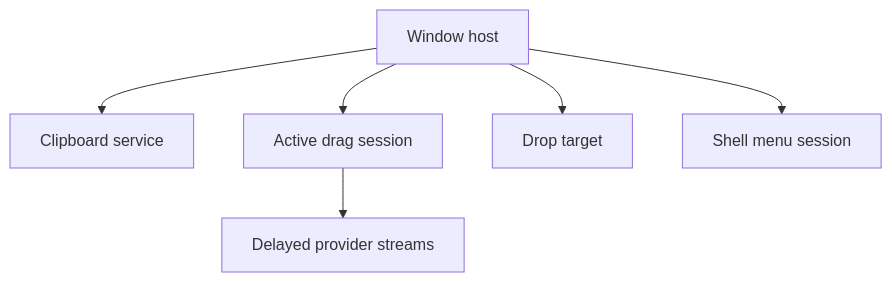
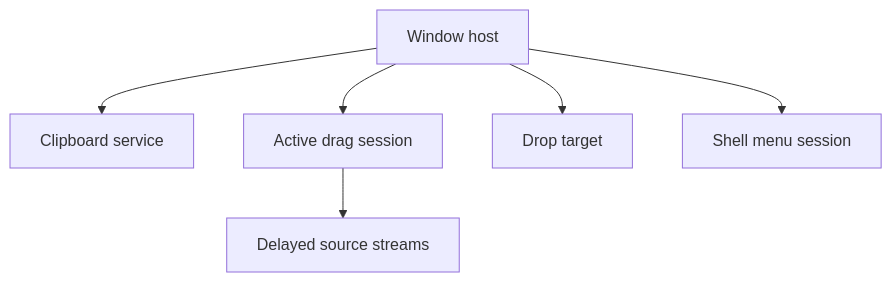
The fifth of 5 diagrams in docs/architecture/platform-interactions.md (0x5bfa/Files), drawn with Mermaid before and after one commit. The commit also changed other lines of this file and 260 other files, not shown here.

Commit message:
Simplify Files.Core architecture terminology

````diff
--- a/docs/architecture/platform-interactions.md
+++ b/docs/architecture/platform-interactions.md
@@ -491,15 +491,15 @@
 ```mermaid
 flowchart TB
     Window["Window host"]
     Clipboard["Clipboard service"]
     Drag["Active drag session"]
     Drop["Drop target"]
     Menu["Shell menu session"]
-    Streams["Delayed provider streams"]
+    Streams["Delayed source streams"]
 
     Window --> Clipboard
     Window --> Drag
     Window --> Drop
     Window --> Menu
     Drag --> Streams
 ```
````
